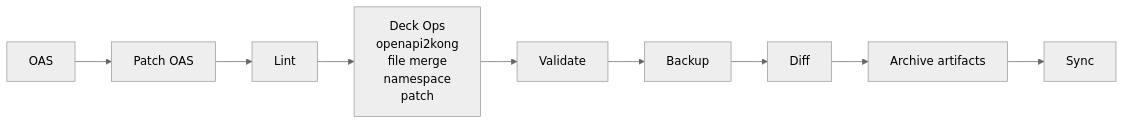
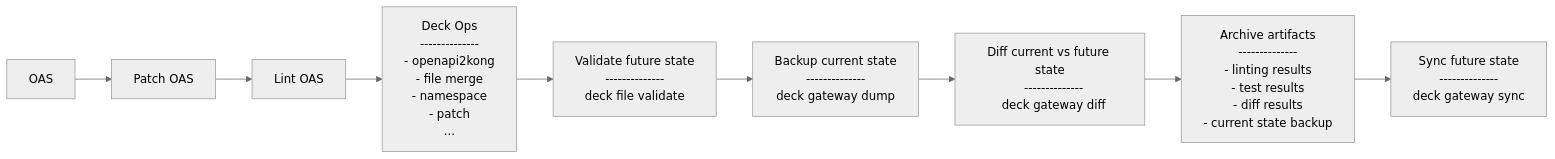
Before and after one commit to pantsel/konnect-platform-ops-demo: the sixth of 6 diagrams in README.md, drawn with Mermaid (neutral theme).

````diff
--- a/README.md
+++ b/README.md
@@ -593,19 +593,39 @@
 ```mermaid
 graph LR;
   A[OAS]
   B[Patch OAS]
-  C[Lint]
+  C[Lint OAS]
   D["Deck Ops
-    openapi2kong
-    file merge
-    namespace
-    patch
+    --------------
+    - openapi2kong
+    - file merge
+    - namespace
+    - patch
+    ...
   "]
-  E[Validate]
-  F[Backup]
-  G[Diff]
-  H[Archive artifacts]
-  I[Sync]
+  E[Validate future state
+  --------------
+  deck file validate
+  ]
+  F["Backup current state
+  --------------
+  deck gateway dump"]
+  G[Diff current vs future state
+  --------------
+  deck gateway diff
+  ]
+  H[
+  Archive artifacts
+  --------------
+  - linting results
+  - test results
+  - diff results
+  - current state backup
+  ]
+  I[Sync future state
+  --------------
+  deck gateway sync
+  ]
 
   A --> B --> C --> D --> E --> F --> G --> H --> I
 ```
````
